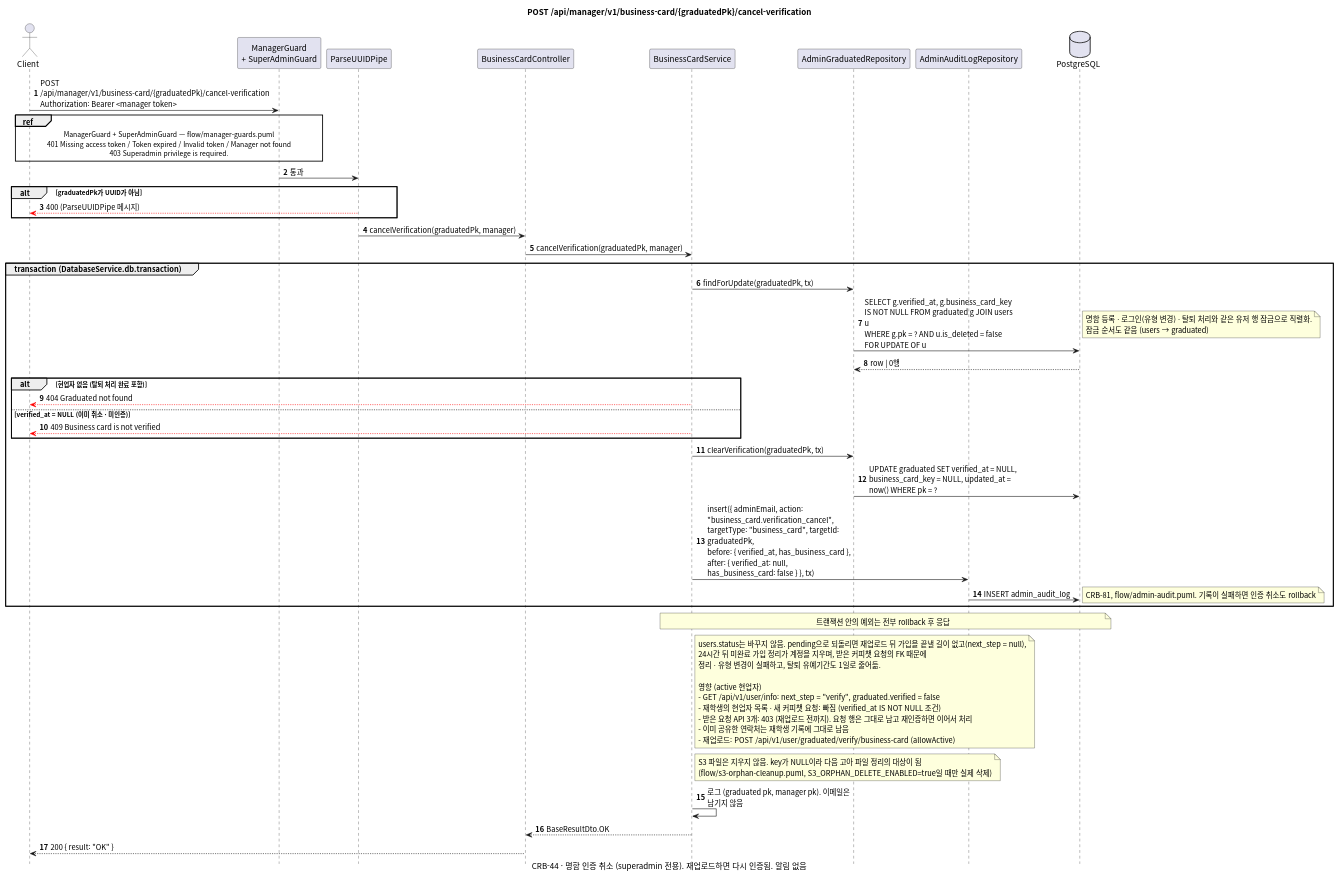
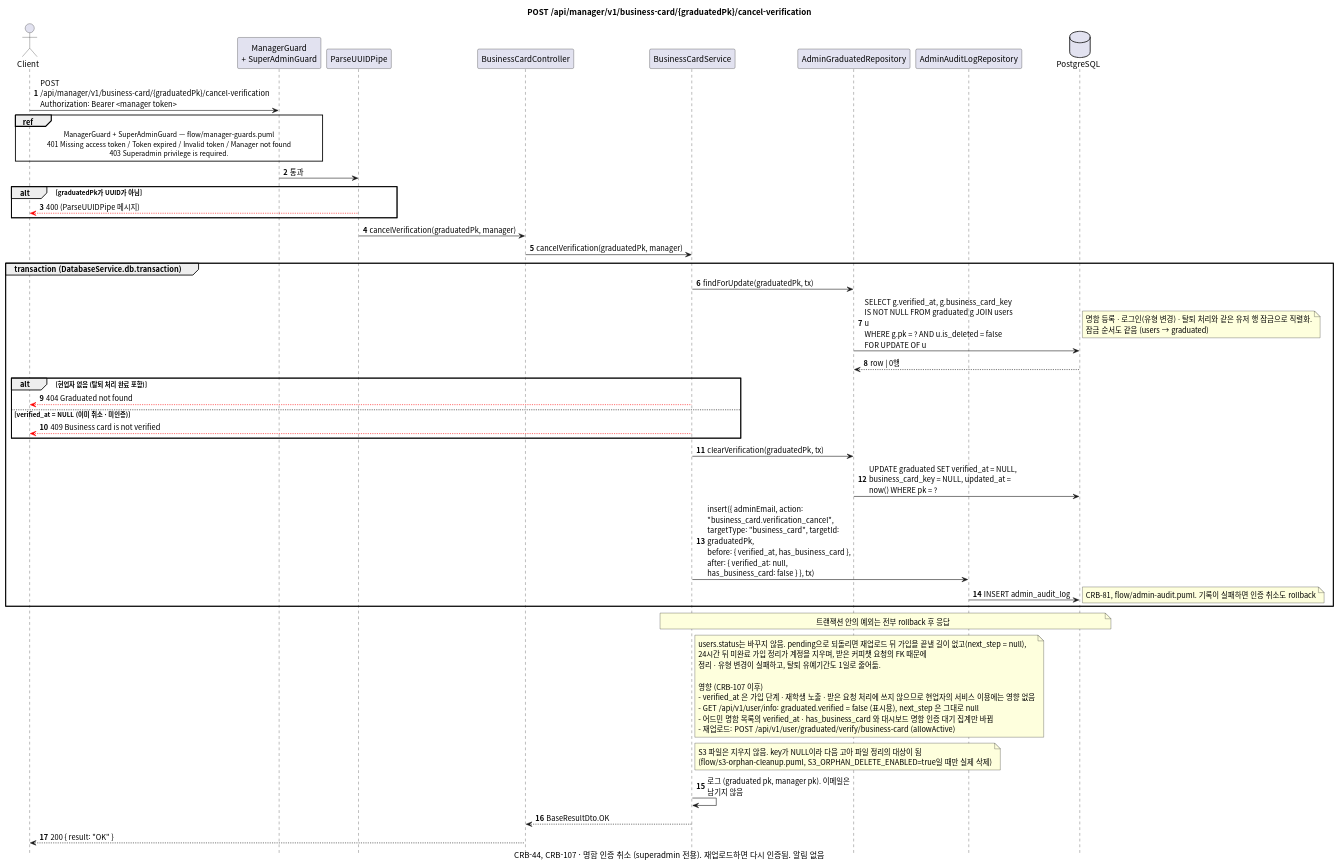
Before and after one commit to gsainfoteam/cheers-be: the diagram in docs/sequence/manager/post-business-card-graduated-pk-cancel-verification.puml, drawn with PlantUML. The commit also changed 12 other files, not shown here.

Commit message:
- docs: update sequence diagrams for graduated signup without verify (CRB-107)

```diff
--- a/docs/sequence/manager/post-business-card-graduated-pk-cancel-verification.puml
+++ b/docs/sequence/manager/post-business-card-graduated-pk-cancel-verification.puml
@@ -1,74 +1,73 @@
 @startuml post-manager-business-card-graduated-pk-cancel-verification
 skinparam defaultFontName "Apple SD Gothic Neo", "Noto Sans CJK KR", sans-serif
 skinparam responseMessageBelowArrow true
 skinparam sequenceMessageAlign left
 skinparam maxMessageSize 260
 skinparam BoxPadding 8
 skinparam shadowing false
 autonumber
 hide footbox
 
 title POST /api/manager/v1/business-card/{graduatedPk}/cancel-verification
-caption CRB-44 · 명함 인증 취소 (superadmin 전용). 재업로드하면 다시 인증됨. 알림 없음
+caption CRB-44, CRB-107 · 명함 인증 취소 (superadmin 전용). 재업로드하면 다시 인증됨. 알림 없음
 
 actor Client
 participant "ManagerGuard\n+ SuperAdminGuard" as Guard
 participant "ParseUUIDPipe" as Pipe
 participant "BusinessCardController" as Controller
 participant "BusinessCardService" as Service
 participant "AdminGraduatedRepository" as AdminGraduatedRepository
 participant "AdminAuditLogRepository" as AdminAuditLogRepository
 database PostgreSQL
 
 Client -> Guard: POST /api/manager/v1/business-card/{graduatedPk}/cancel-verification\nAuthorization: Bearer <manager token>
 ref over Client, Guard: ManagerGuard + SuperAdminGuard — flow/manager-guards.puml\n401 Missing access token / Token expired / Invalid token / Manager not found\n403 Superadmin privilege is required.
 Guard -> Pipe: 통과
 alt graduatedPk가 UUID가 아님
   Pipe -[#red]-> Client: 400 (ParseUUIDPipe 메시지)
 end
 Pipe -> Controller: cancelVerification(graduatedPk, manager)
 Controller -> Service: cancelVerification(graduatedPk, manager)
 
 group transaction (DatabaseService.db.transaction)
   Service -> AdminGraduatedRepository: findForUpdate(graduatedPk, tx)
   AdminGraduatedRepository -> PostgreSQL: SELECT g.verified_at, g.business_card_key IS NOT NULL FROM graduated g JOIN users u\nWHERE g.pk = ? AND u.is_deleted = false\nFOR UPDATE OF u
   note right
     명함 등록 · 로그인(유형 변경) · 탈퇴 처리와 같은 유저 행 잠금으로 직렬화.
     잠금 순서도 같음 (users → graduated)
   end note
   PostgreSQL --> AdminGraduatedRepository: row | 0행
   alt 현업자 없음 (탈퇴 처리 완료 포함)
     Service -[#red]-> Client: 404 Graduated not found
   else verified_at = NULL (이미 취소 · 미인증)
     Service -[#red]-> Client: 409 Business card is not verified
   end
   Service -> AdminGraduatedRepository: clearVerification(graduatedPk, tx)
   AdminGraduatedRepository -> PostgreSQL: UPDATE graduated SET verified_at = NULL,\nbusiness_card_key = NULL, updated_at = now() WHERE pk = ?
   Service -> AdminAuditLogRepository: insert({ adminEmail, action: "business_card.verification_cancel", targetType: "business_card", targetId: graduatedPk,\nbefore: { verified_at, has_business_card }, after: { verified_at: null, has_business_card: false } }, tx)
   AdminAuditLogRepository -> PostgreSQL: INSERT admin_audit_log
   note right: CRB-81, flow/admin-audit.puml. 기록이 실패하면 인증 취소도 rollback
 end
 note over Service, PostgreSQL: 트랜잭션 안의 예외는 전부 rollback 후 응답
 
 note right of Service
   users.status는 바꾸지 않음. pending으로 되돌리면 재업로드 뒤 가입을 끝낼 길이 없고(next_step = null),
   24시간 뒤 미완료 가입 정리가 계정을 지우며, 받은 커피챗 요청의 FK 때문에
   정리 · 유형 변경이 실패하고, 탈퇴 유예기간도 1일로 줄어듦.
 
-  영향 (active 현업자)
-  - GET /api/v1/user/info: next_step = "verify", graduated.verified = false
-  - 재학생의 현업자 목록 · 새 커피챗 요청: 빠짐 (verified_at IS NOT NULL 조건)
-  - 받은 요청 API 3개: 403 (재업로드 전까지). 요청 행은 그대로 남고 재인증하면 이어서 처리
-  - 이미 공유한 연락처는 재학생 기록에 그대로 남음
+  영향 (CRB-107 이후)
+  - verified_at 은 가입 단계 · 재학생 노출 · 받은 요청 처리에 쓰지 않으므로 현업자의 서비스 이용에는 영향 없음
+  - GET /api/v1/user/info: graduated.verified = false (표시용), next_step 은 그대로 null
+  - 어드민 명함 목록의 verified_at · has_business_card 와 대시보드 명함 인증 대기 집계만 바뀜
   - 재업로드: POST /api/v1/user/graduated/verify/business-card (allowActive)
 end note
 
 note right of Service
   S3 파일은 지우지 않음. key가 NULL이라 다음 고아 파일 정리의 대상이 됨
   (flow/s3-orphan-cleanup.puml, S3_ORPHAN_DELETE_ENABLED=true일 때만 실제 삭제)
 end note
 Service -> Service: 로그 (graduated pk, manager pk). 이메일은 남기지 않음
 Service --> Controller: BaseResultDto.OK
 Controller --> Client: 200 { result: "OK" }
 
 @enduml
```
